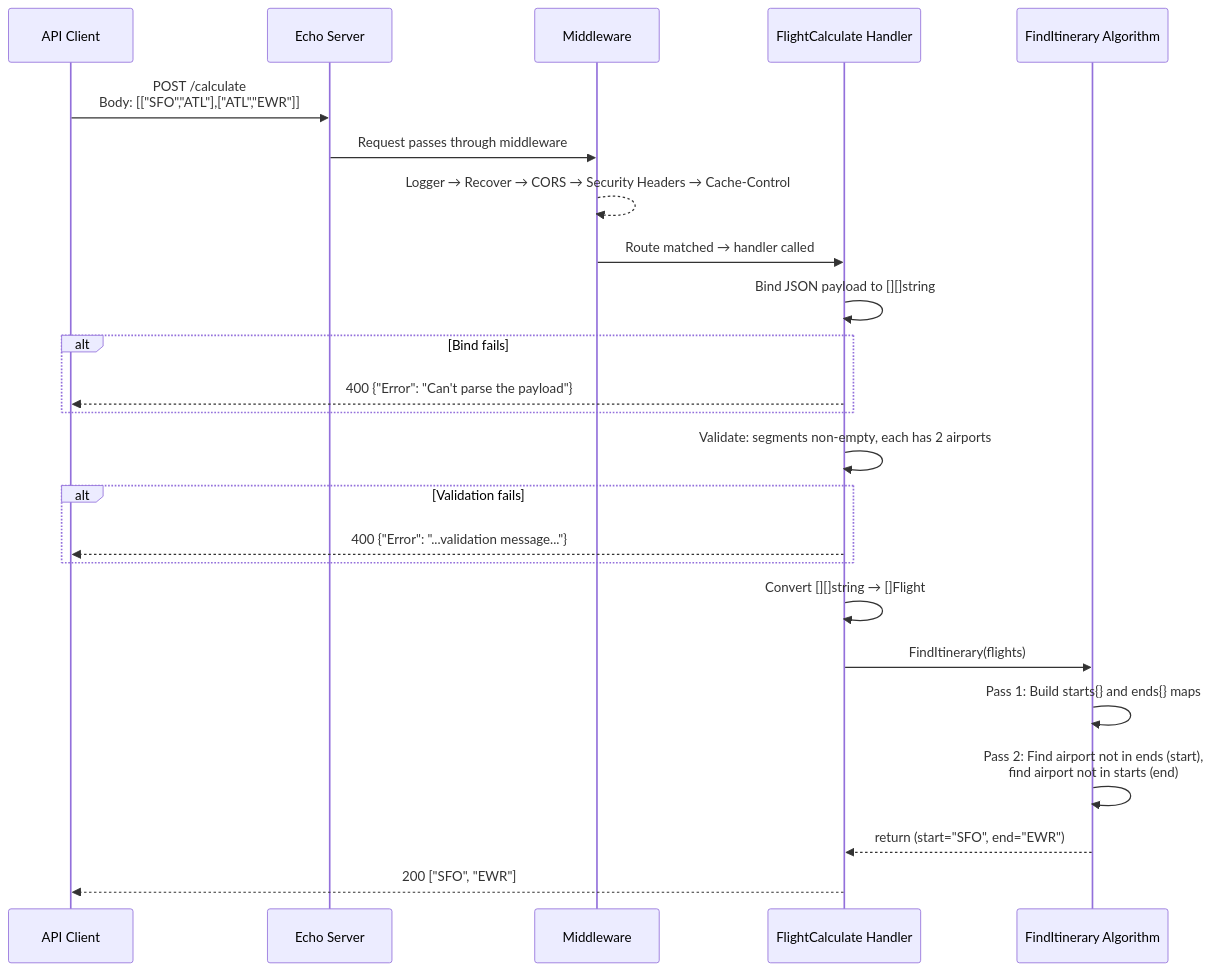
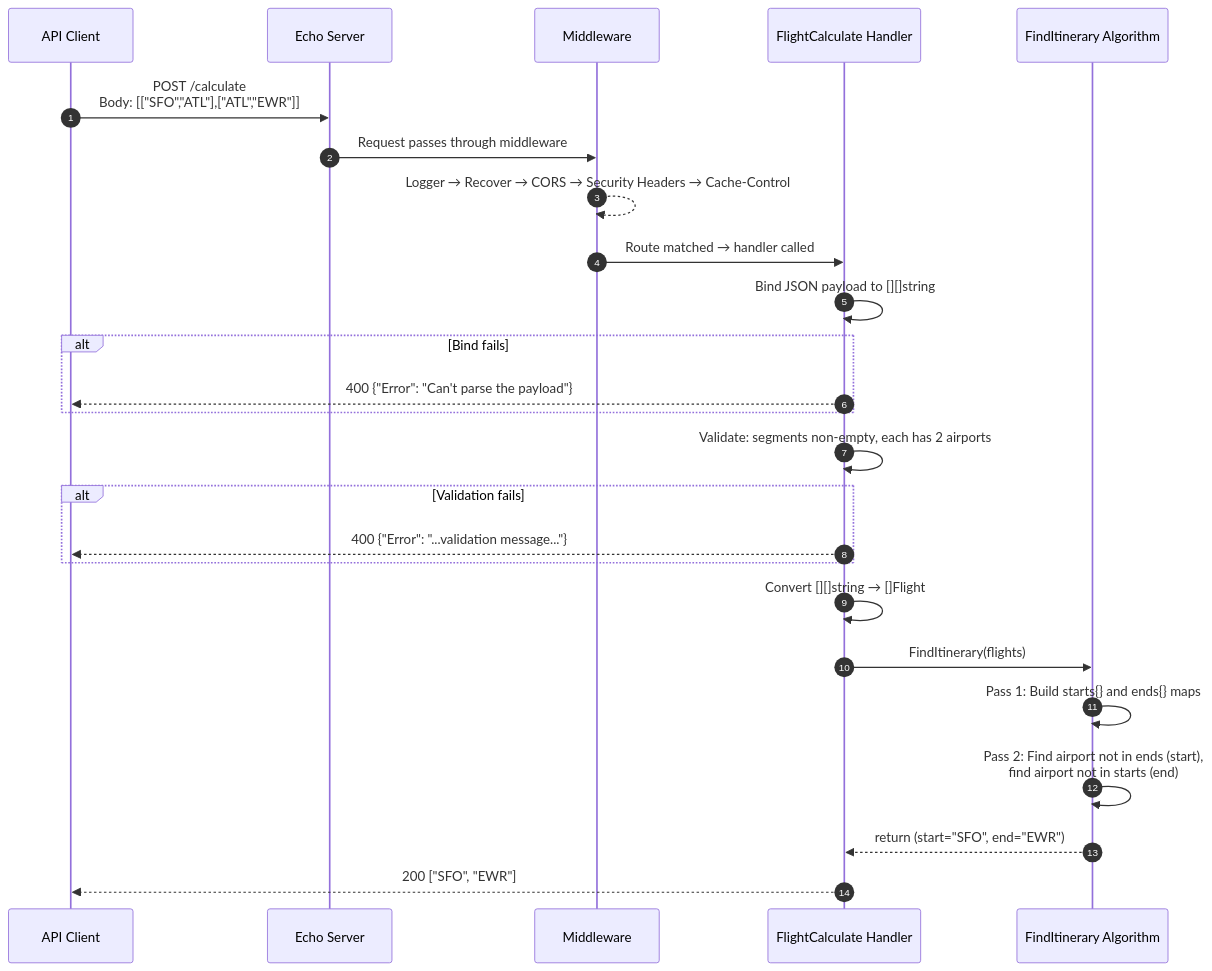
Before and after one commit to AndriyKalashnykov/flight-path: the fourth of 5 diagrams in docs/ARCHITECTURE.md, drawn with Mermaid. The commit also changed other lines of this file and 9 other files, not shown here.

````diff
--- a/docs/ARCHITECTURE.md
+++ b/docs/ARCHITECTURE.md
@@ -96,32 +96,33 @@
 ```mermaid
 sequenceDiagram
+    autonumber
     participant C as API Client
     participant E as Echo Server
     participant MW as Middleware
     participant H as FlightCalculate Handler
     participant A as FindItinerary Algorithm
 
     C->>E: POST /calculate<br/>Body: [["SFO","ATL"],["ATL","EWR"]]
     E->>MW: Request passes through middleware
     MW-->>MW: Logger → Recover → CORS → Security Headers → Cache-Control
     MW->>H: Route matched → handler called
 
     H->>H: Bind JSON payload to [][]string
     alt Bind fails
         H-->>C: 400 {"Error": "Can't parse the payload"}
     end
 
     H->>H: Validate: segments non-empty, each has 2 airports
     alt Validation fails
         H-->>C: 400 {"Error": "...validation message..."}
     end
 
     H->>H: Convert [][]string → []Flight
     H->>A: FindItinerary(flights)
 
     A->>A: Pass 1: Build starts{} and ends{} maps
     A->>A: Pass 2: Find airport not in ends (start),<br/>find airport not in starts (end)
     A-->>H: return (start="SFO", end="EWR")
 
     H-->>C: 200 ["SFO", "EWR"]
 ```
````
